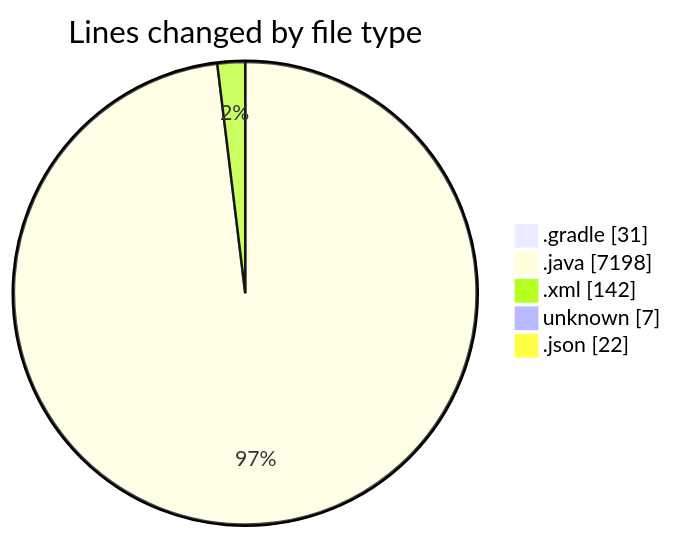
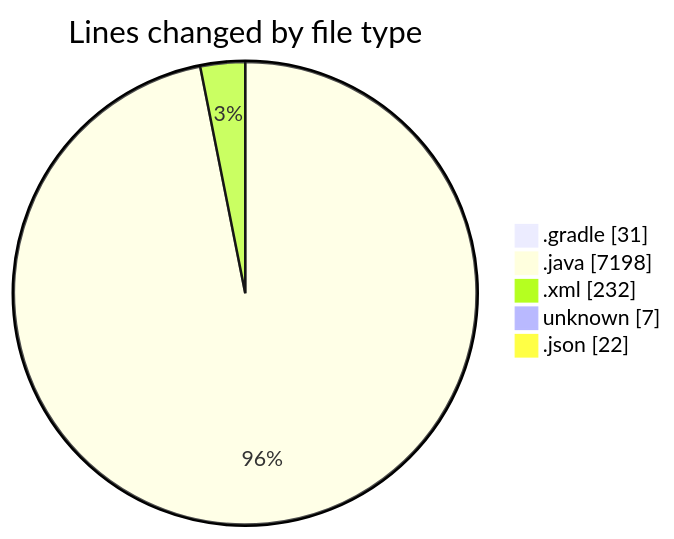
One commit to charlie-sans/code-tracking changed the first of 2 diagrams in 2025-02-21/micros/README.md. Above: the diagram before and after it, drawn with Mermaid. The commit also changed other lines of this file and 1 other file, not shown here.

````diff
--- a/2025-02-21/micros/README.md
+++ b/2025-02-21/micros/README.md
@@ -51,9 +52,9 @@
 ```mermaid
 pie showData
 title Lines changed by file type
 ".gradle" : 31
 ".java" : 7198
-".xml" : 142
+".xml" : 232
 "unknown" : 7
 ".json" : 22
 ```
````
